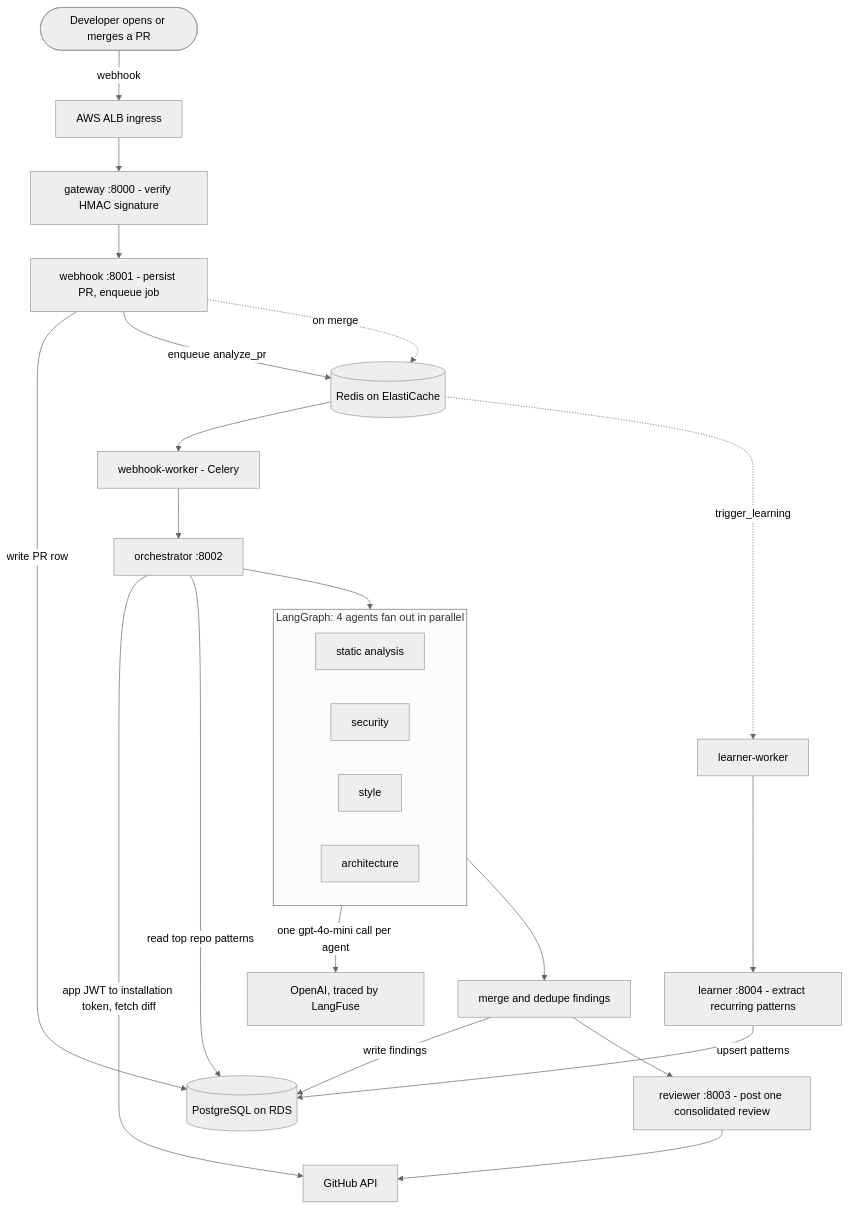
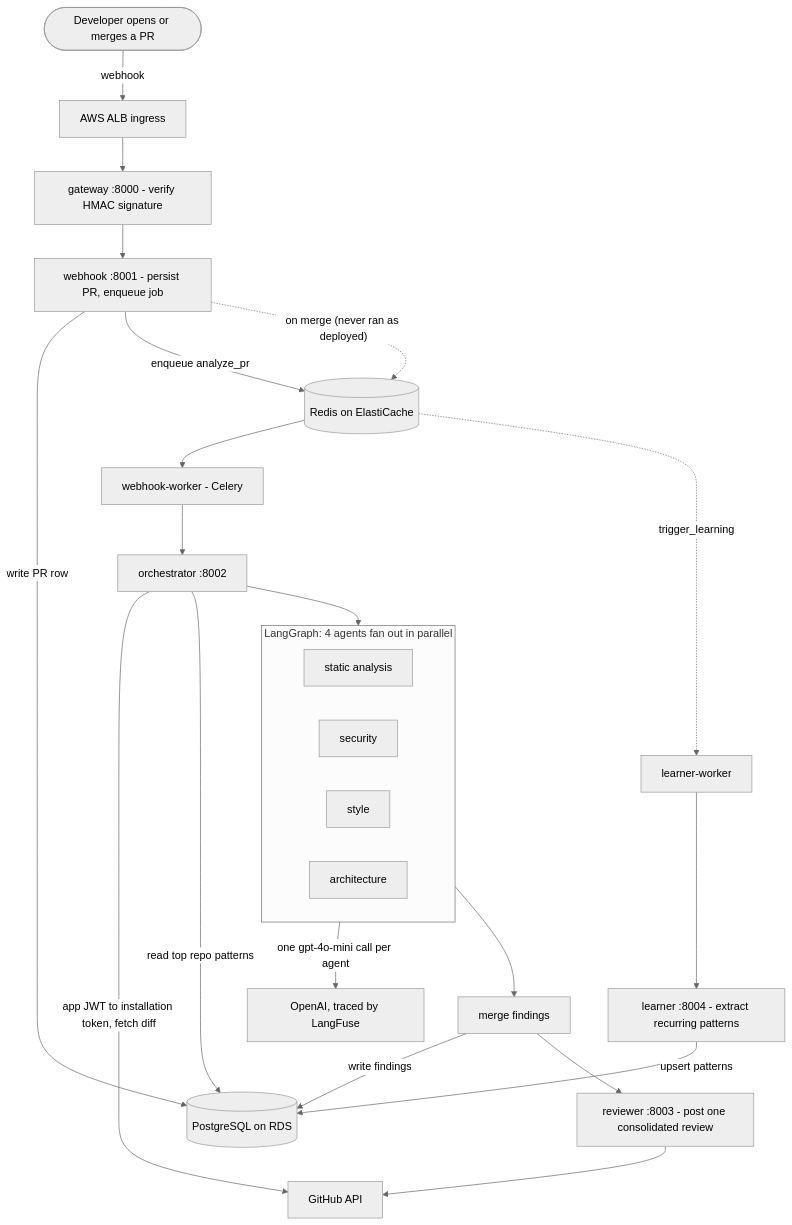
Before and after one commit to srikara202/github-PR-reviewer-AI-Agent: the diagram in README.md, drawn with Mermaid (neutral theme). The commit also changed other lines of this file and 1 other file, not shown here.

First line of the commit message:
docs: match README and runbook to what actually ran

````diff
--- a/README.md
+++ b/README.md
@@ -41,31 +38,31 @@
 ```mermaid
 flowchart TB
   dev([Developer opens or merges a PR]) -->|webhook| alb[AWS ALB ingress]
   alb --> gw["gateway :8000 - verify HMAC signature"]
   gw --> wh["webhook :8001 - persist PR, enqueue job"]
   wh -->|write PR row| pg[(PostgreSQL on RDS)]
   wh -->|enqueue analyze_pr| rq[(Redis on ElastiCache)]
   rq --> whw[webhook-worker - Celery]
   whw --> orch["orchestrator :8002"]
   orch -->|app JWT to installation token, fetch diff| gh[GitHub API]
   orch -->|read top repo patterns| pg
 
   subgraph lg ["LangGraph: 4 agents fan out in parallel"]
     a1[static analysis]
     a2[security]
     a3[style]
     a4[architecture]
   end
 
   orch --> lg
   lg -->|one gpt-4o-mini call per agent| oai[OpenAI, traced by LangFuse]
-  lg --> mg[merge and dedupe findings]
+  lg --> mg[merge findings]
   mg -->|write findings| pg
   mg --> rev["reviewer :8003 - post one consolidated review"]
   rev --> gh
 
-  wh -. on merge .-> rq
+  wh -.->|"on merge (never ran as deployed)"| rq
   rq -. trigger_learning .-> lw[learner-worker]
   lw --> ln["learner :8004 - extract recurring patterns"]
   ln -->|upsert patterns| pg
 ```
````
